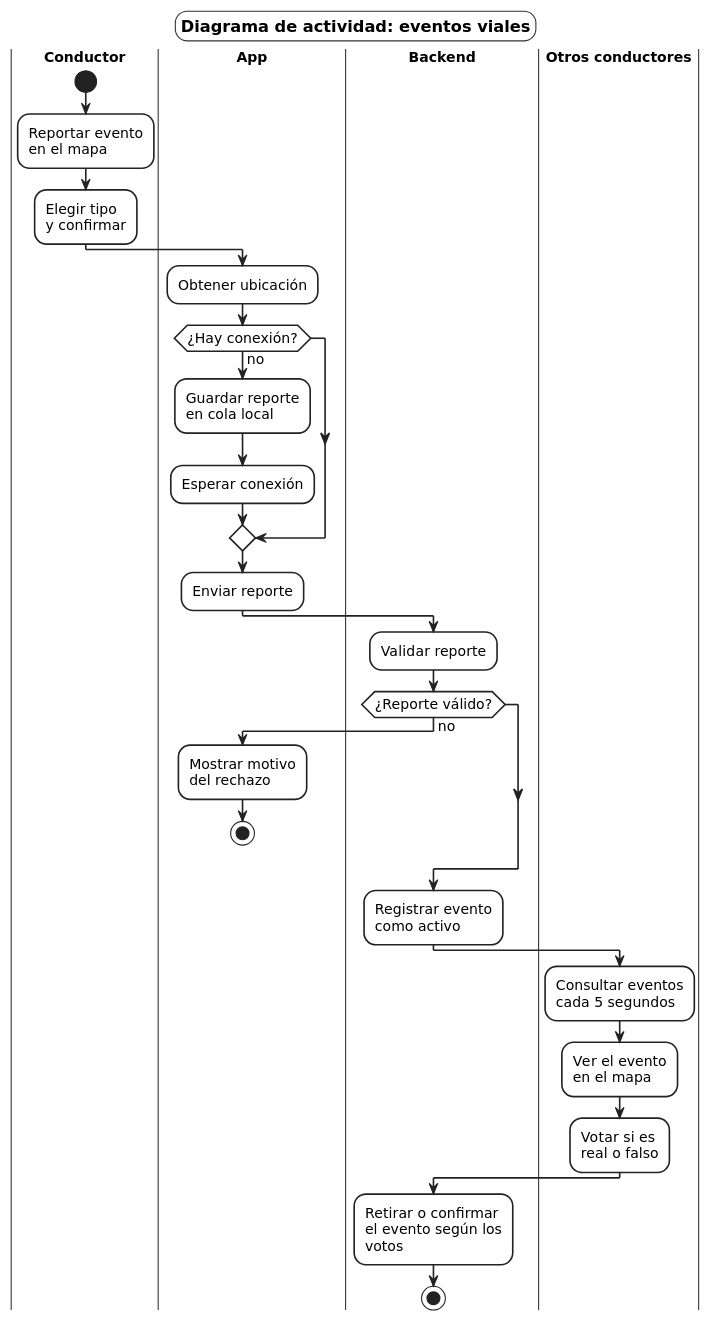
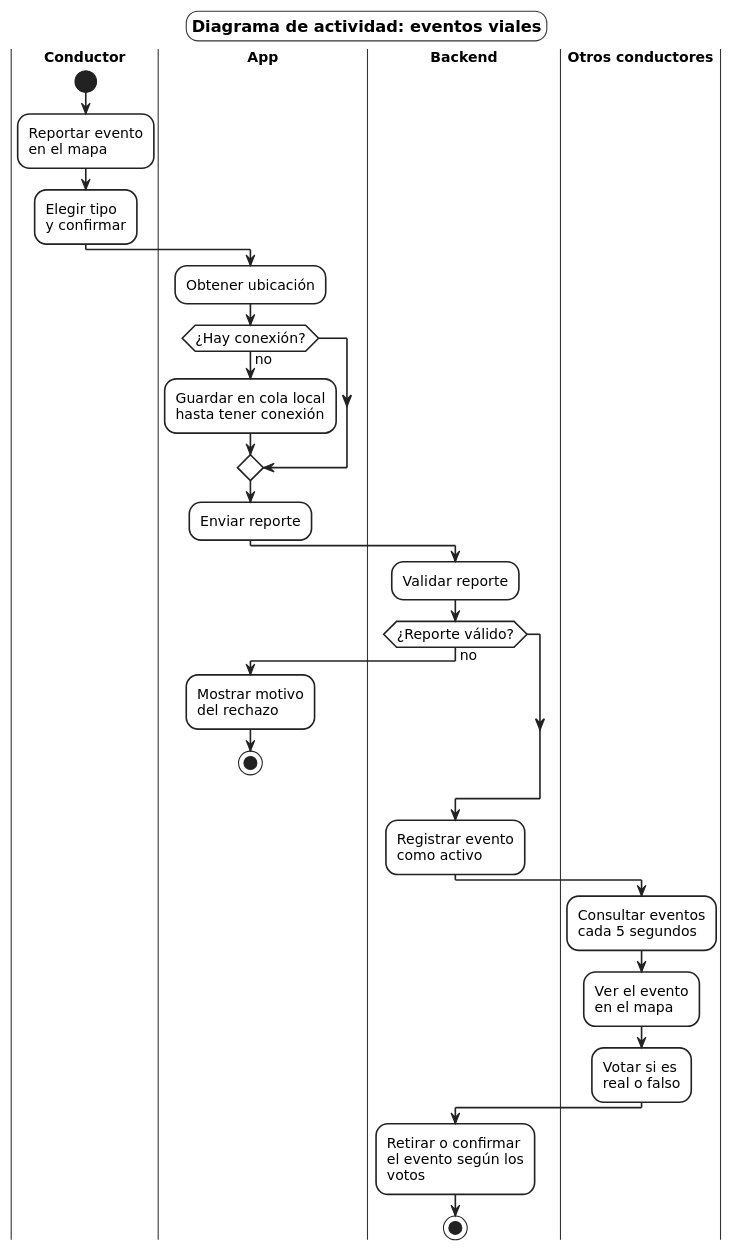
Before and after one commit to uniWASD/ChuroViajeInterno: the diagram in 03_des/DiagramasPrueba/De Actividades/ACT-02_EventosViales.puml, drawn with PlantUML. The commit also changed 16 other files, not shown here.

```diff
--- a/03_des/DiagramasPrueba/De Actividades/ACT-02_EventosViales.puml
+++ b/03_des/DiagramasPrueba/De Actividades/ACT-02_EventosViales.puml
@@ -1,64 +1,63 @@
 @startuml ACT-02_EventosViales
 ' Diagrama de actividad general: reportar, ver y votar eventos viales (CU-01 y CU-02)
 skinparam shadowing false
 skinparam defaultFontName "DejaVu Sans"
 skinparam defaultFontSize 13
 skinparam wrapWidth 160
 skinparam ArrowColor #222222
 skinparam backgroundColor white
 skinparam titleBorderThickness 1
 skinparam titleBorderColor #333333
 skinparam titleBorderRoundCorner 0
 skinparam titleFontSize 15
 skinparam titleBackgroundColor white
 skinparam roundCorner 22
 skinparam activity {
   BackgroundColor white
   BorderColor #222222
   BorderThickness 1.5
   DiamondBackgroundColor white
   DiamondBorderColor #222222
   StartColor #222222
   EndColor #222222
 }
 skinparam swimlane {
   BorderColor #333333
   BorderThickness 1
   TitleFontStyle bold
 }
 skinparam note {
   BackgroundColor white
   BorderColor #777777
 }
 
 title Diagrama de actividad: eventos viales
 
 |Conductor|
 start
 :Reportar evento\nen el mapa;
 :Elegir tipo\ny confirmar;
 |App|
 :Obtener ubicación;
 if (¿Hay conexión?) then (no)
-  :Guardar reporte\nen cola local;
-  :Esperar conexión;
+  :Guardar en cola local\nhasta tener conexión;
 endif
 :Enviar reporte;
 |Backend|
 :Validar reporte;
 if (¿Reporte válido?) then (no)
   |App|
   :Mostrar motivo\ndel rechazo;
   stop
 endif
 |Backend|
 :Registrar evento\ncomo activo;
 |Otros conductores|
 :Consultar eventos\ncada 5 segundos;
 :Ver el evento\nen el mapa;
 :Votar si es\nreal o falso;
 |Backend|
 :Retirar o confirmar\nel evento según los votos;
 stop
 
 @enduml
```
